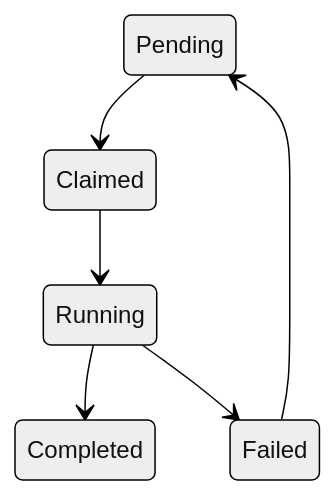
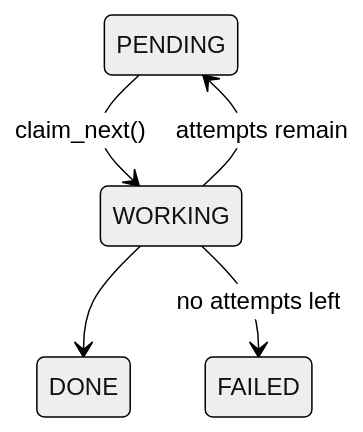
Before and after one commit to svanschooten/Chronicler: the third of 4 diagrams in ARCHITECTURE.md, drawn with Mermaid (neutral theme). The commit also changed other lines of this file and 145 other files, not shown here.

````diff
--- a/ARCHITECTURE.md
+++ b/ARCHITECTURE.md
@@ -304,13 +375,8 @@
 ```mermaid
 stateDiagram-v2
 
-Pending --> Claimed
-
-Claimed --> Running
-
-Running --> Completed
-
-Running --> Failed
-
-Failed --> Pending
+PENDING --> WORKING : claim_next()
+WORKING --> DONE
+WORKING --> FAILED : no attempts left
+WORKING --> PENDING : attempts remain
 ```
````
